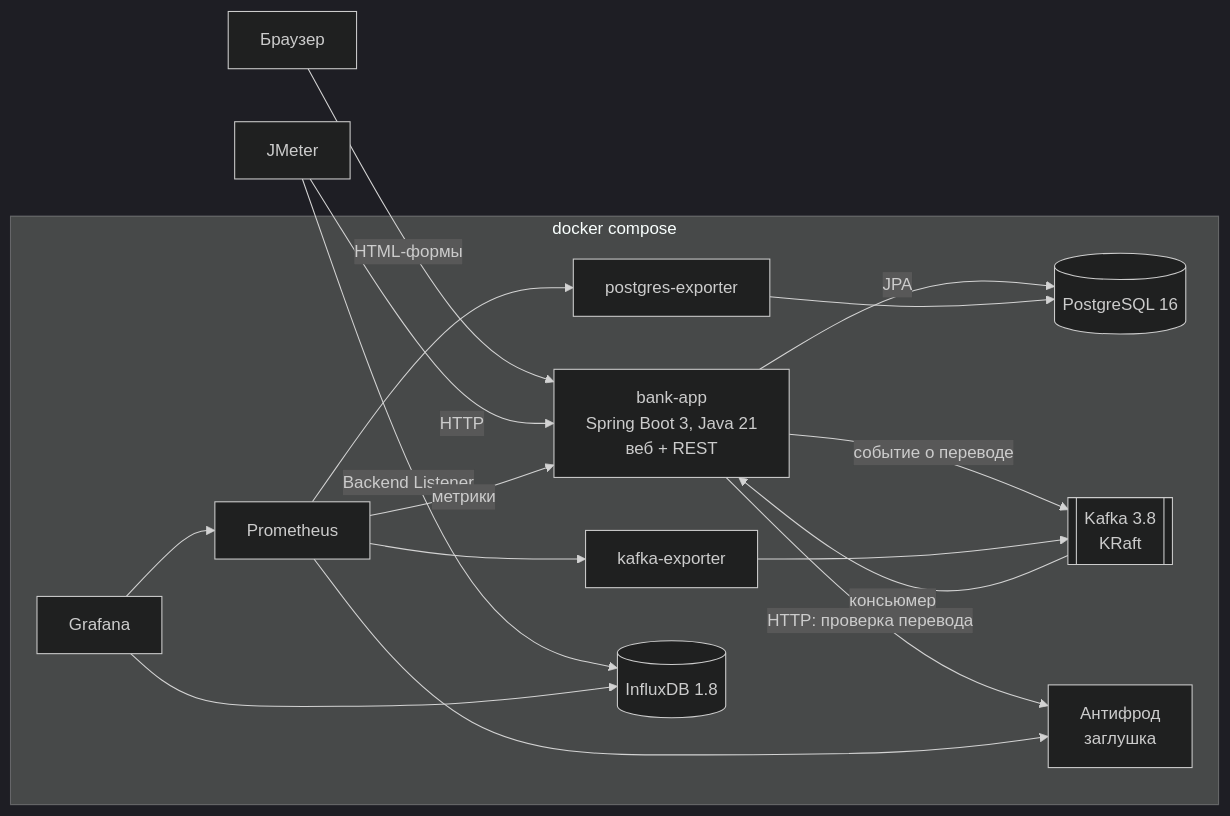
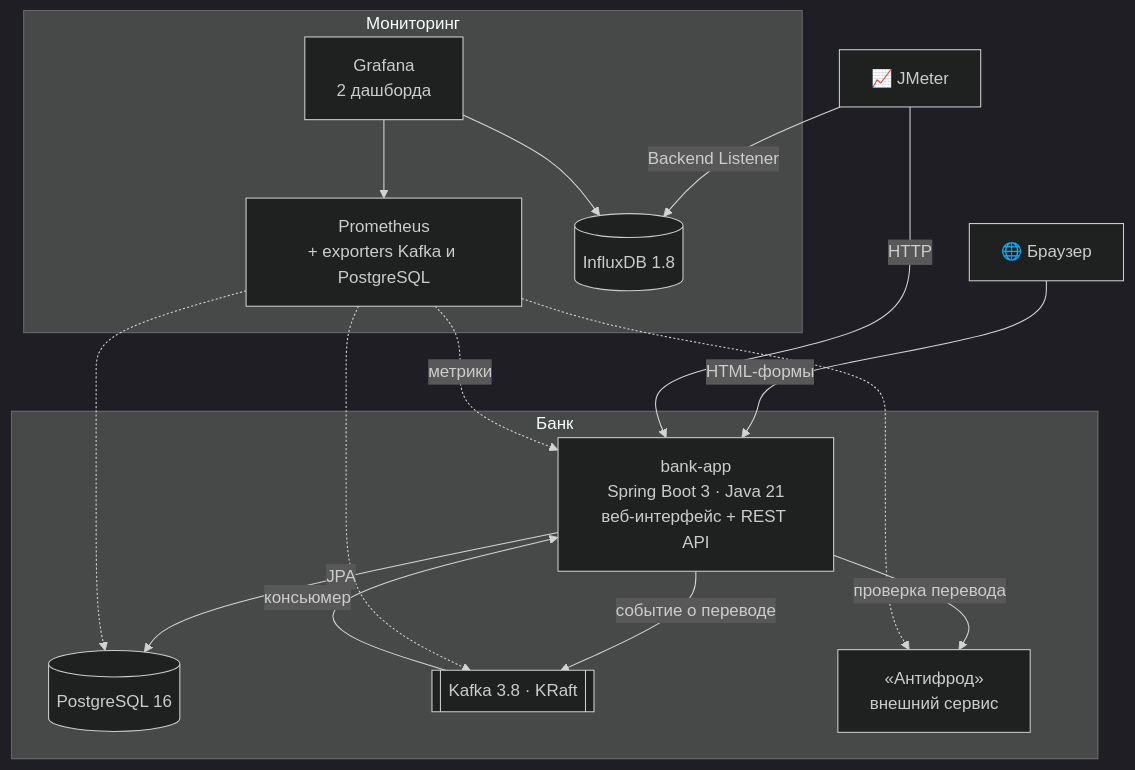
The diagram in README.md (MikhailShap/ntbank), drawn with Mermaid (dark theme) before and after one commit.

Commit message:
README: схема архитектуры сверху вниз, чтобы читалась без увеличения

````diff
--- a/README.md
+++ b/README.md
@@ -227,29 +227,32 @@
 ```mermaid
-flowchart LR
-    JM["JMeter"]
-    BR["Браузер"]
-    subgraph stand["docker compose"]
-        BANK["bank-app<br/>Spring Boot 3, Java 21<br/>веб + REST"]
+flowchart TB
+    BR["🌐 Браузер"]
+    JM["📈 JMeter"]
+
+    subgraph core["Банк"]
+        BANK["bank-app<br/>Spring Boot 3 · Java 21<br/>веб-интерфейс + REST API"]
         PG[("PostgreSQL 16")]
-        K[["Kafka 3.8<br/>KRaft"]]
-        AF["Антифрод<br/>заглушка"]
-        PROM["Prometheus"]
-        KE["kafka-exporter"]
-        PE["postgres-exporter"]
-        GR["Grafana"]
+        K[["Kafka 3.8 · KRaft"]]
+        AF["«Антифрод»<br/>внешний сервис"]
+    end
+
+    subgraph mon["Мониторинг"]
+        PROM["Prometheus<br/>+ exporters Kafka и PostgreSQL"]
+        GR["Grafana<br/>2 дашборда"]
         INF[("InfluxDB 1.8")]
     end
+
     BR -->|HTML-формы| BANK
     JM -->|HTTP| BANK
     JM -->|Backend Listener| INF
     BANK -->|JPA| PG
     BANK -->|событие о переводе| K
     K -->|консьюмер| BANK
-    BANK -->|HTTP: проверка перевода| AF
-    PROM -->|метрики| BANK
-    PROM --> AF
-    PROM --> KE --> K
-    PROM --> PE --> PG
+    BANK -->|проверка перевода| AF
+    PROM -.->|метрики| BANK
+    PROM -.-> AF
+    PROM -.-> K
+    PROM -.-> PG
     GR --> PROM
     GR --> INF
 ```
````
